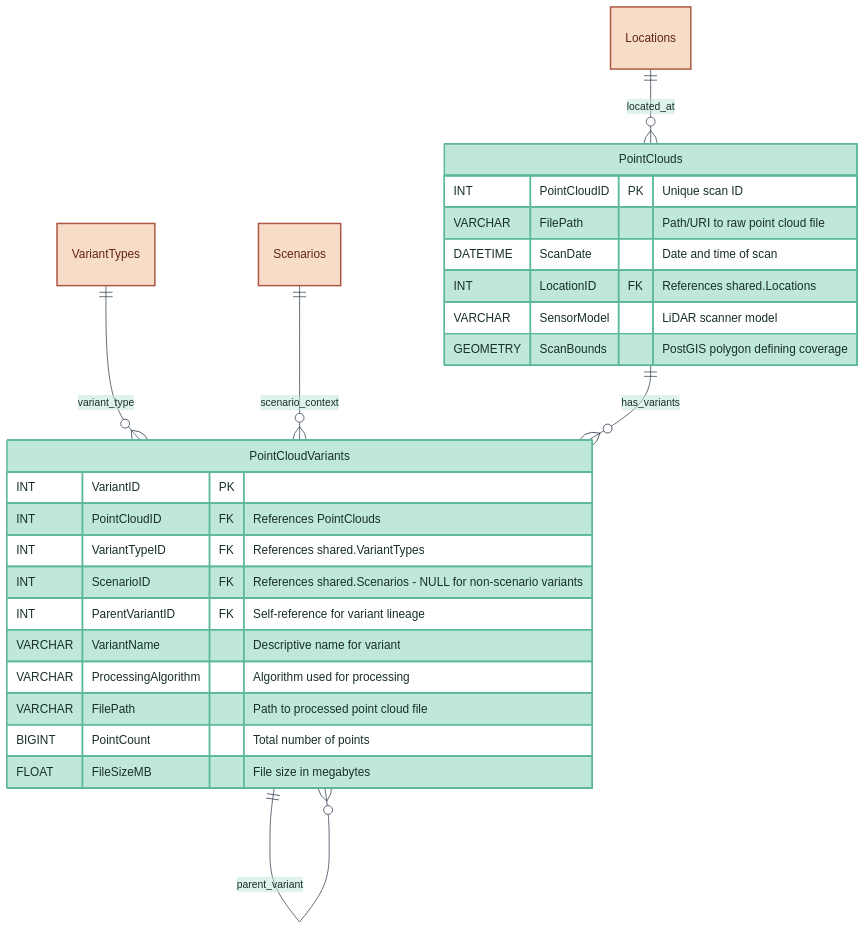
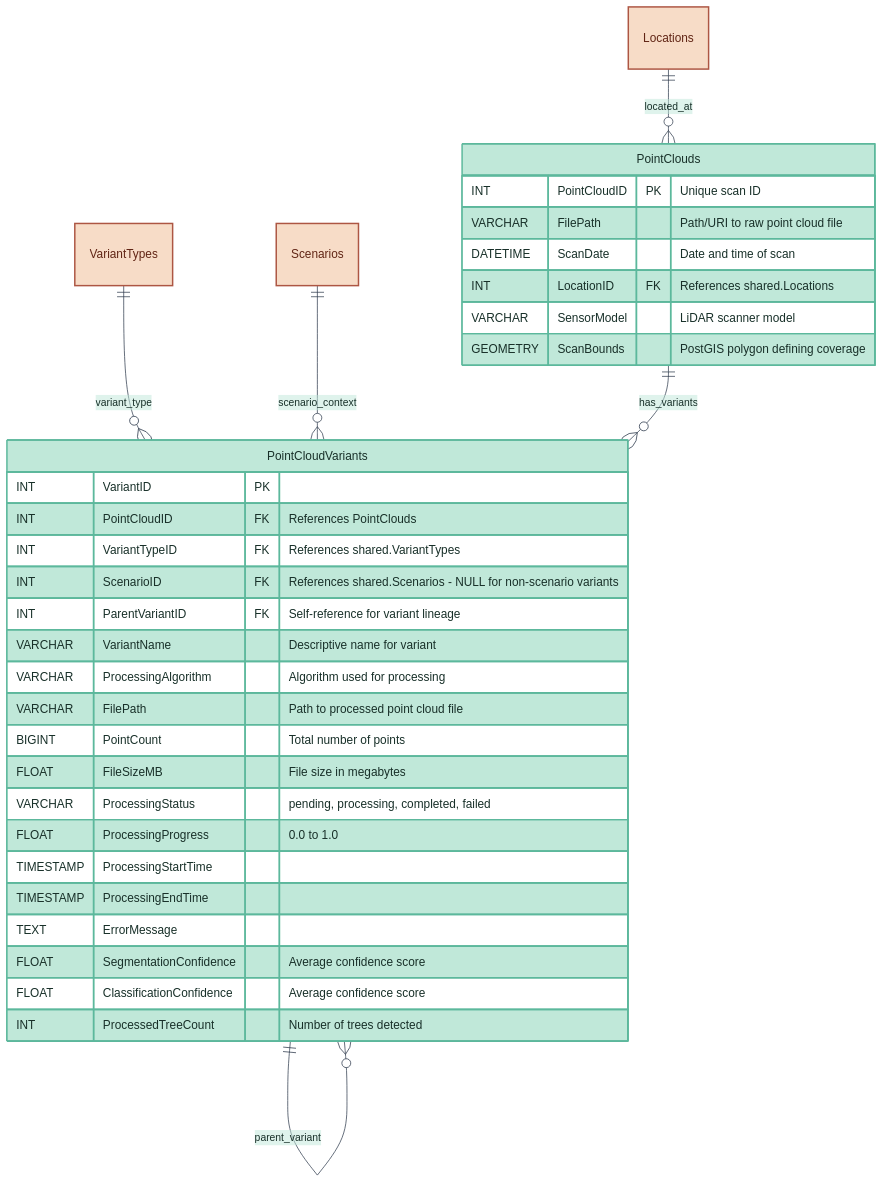
The third of 6 diagrams in docs/architecture/database.md (XRFutureForests/digital-twin-db), drawn with Mermaid before and after one commit. The commit also changed other lines of this file, not shown here.

Commit message:
updates database diagrams

````diff
--- a/docs/architecture/database.md
+++ b/docs/architecture/database.md
@@ -164,60 +164,68 @@
 ```mermaid
 %%{
   init: {
     'theme': 'base',
     'themeVariables': {
       'background': '#FFFFFF',
       'fontFamily': 'verdana',
       'lineColor': '#313d4f',
       'primaryColor': '#8cdbc0',
       'primaryTextColor': '#183029',
       'primaryBorderColor': '#265e4d',
       'secondaryColor': '#71a897',
       'secondaryTextColor': '#183029',
       'secondaryBorderColor': '#458875',
       'tertiaryColor': '#c0e8d9',
       'tertiaryTextColor': '#183029',
       'tertiaryBorderColor': '#5cb89c'
     }
   }
 }%%
 erDiagram
     Locations
     VariantTypes
     Scenarios
 
     PointClouds {
         INT PointCloudID PK "Unique scan ID"
         VARCHAR FilePath "Path/URI to raw point cloud file"
         DATETIME ScanDate "Date and time of scan"
         INT LocationID FK "References shared.Locations"
         VARCHAR SensorModel "LiDAR scanner model"
         GEOMETRY ScanBounds "PostGIS polygon defining coverage"
     }
 
     PointCloudVariants {
         INT VariantID PK
         INT PointCloudID FK "References PointClouds"
         INT VariantTypeID FK "References shared.VariantTypes"
         INT ScenarioID FK "References shared.Scenarios - NULL for non-scenario variants"
         INT ParentVariantID FK "Self-reference for variant lineage"
         VARCHAR VariantName "Descriptive name for variant"
         VARCHAR ProcessingAlgorithm "Algorithm used for processing"
         VARCHAR FilePath "Path to processed point cloud file"
         BIGINT PointCount "Total number of points"
         FLOAT FileSizeMB "File size in megabytes"
+        VARCHAR ProcessingStatus "pending, processing, completed, failed"
+        FLOAT ProcessingProgress "0.0 to 1.0"
+        TIMESTAMP ProcessingStartTime
+        TIMESTAMP ProcessingEndTime
+        TEXT ErrorMessage
+        FLOAT SegmentationConfidence "Average confidence score"
+        FLOAT ClassificationConfidence "Average confidence score"
+        INT ProcessedTreeCount "Number of trees detected"
     }
 
     Locations ||--o{ PointClouds : located_at
     VariantTypes ||--o{ PointCloudVariants : variant_type
     Scenarios ||--o{ PointCloudVariants : scenario_context
     PointClouds ||--o{ PointCloudVariants : has_variants
     PointCloudVariants ||--o{ PointCloudVariants : parent_variant
 
     %% Table coloring
     classDef refTable fill:#f7dcc7,stroke:#ad5643,stroke-width:2px,color:#612515
     classDef coreTable fill:#c0e8d9,stroke:#5cb89c,stroke-width:2px,color:#183029
     
     class Locations,VariantTypes,Scenarios refTable
     class PointClouds,PointCloudVariants coreTable
 ```
````
